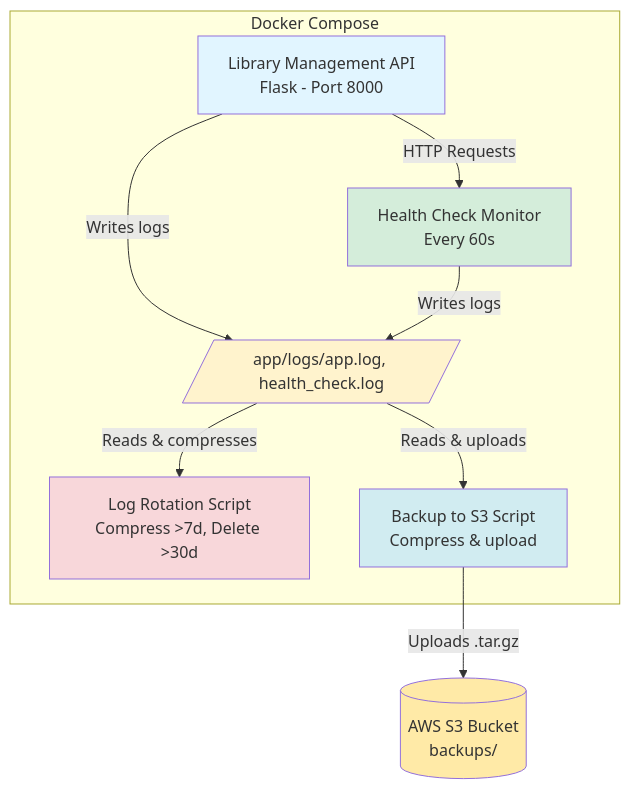
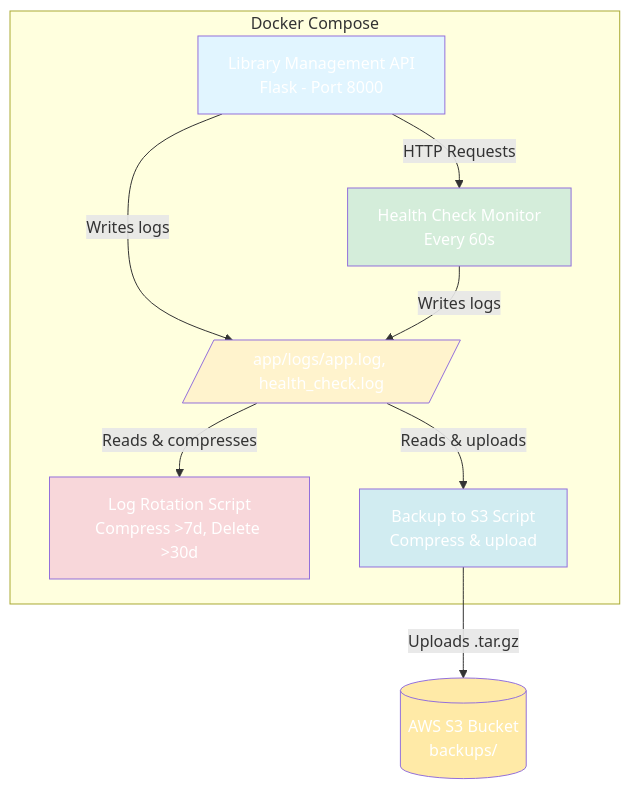
The diagram in README.md (CandoJhon/devops-automation-toolkit), drawn with Mermaid before and after one commit.

Commit message:
Fix mermaid diagram color letters

````diff
--- a/README.md
+++ b/README.md
@@ -20,24 +20,24 @@
 ```mermaid
 graph TD
     A[Library Management API<br/>Flask - Port 8000] -->|HTTP Requests| B[Health Check Monitor<br/>Every 60s]
     A -->|Writes logs| C[/app/logs/app.log, health_check.log/]
     B -->|Writes logs| C
     C -->|Reads & compresses| D[Log Rotation Script<br/>Compress >7d, Delete >30d]
     C -->|Reads & uploads| E[Backup to S3 Script<br/>Compress & upload]
     E -->|Uploads .tar.gz| F[(AWS S3 Bucket<br/>backups/)]
     
-    style A fill:#e1f5ff
-    style B fill:#d4edda
-    style C fill:#fff3cd
-    style D fill:#f8d7da
-    style E fill:#d1ecf1
-    style F fill:#ffeaa7
+    style A fill:#e1f5ff,color:#ffffff
+    style B fill:#d4edda,color:#ffffff
+    style C fill:#fff3cd,color:#ffffff
+    style D fill:#f8d7da,color:#ffffff
+    style E fill:#d1ecf1,color:#ffffff
+    style F fill:#ffeaa7,color:#ffffff
     
     subgraph Docker Compose
     A
     B
     C
     D
     E
     end
 ```
````
